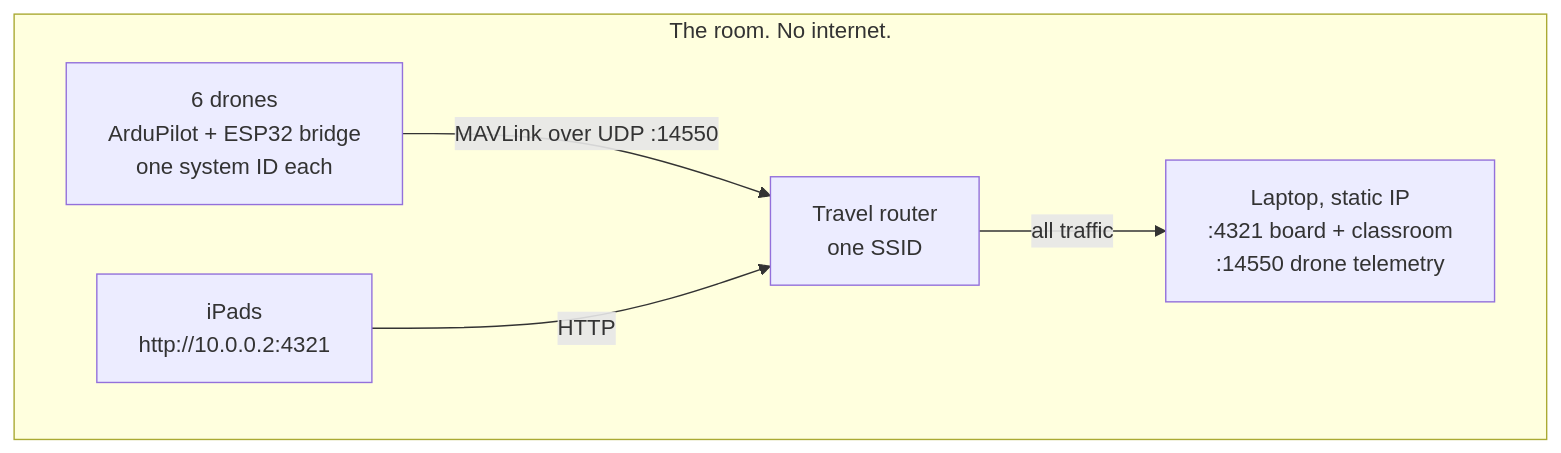
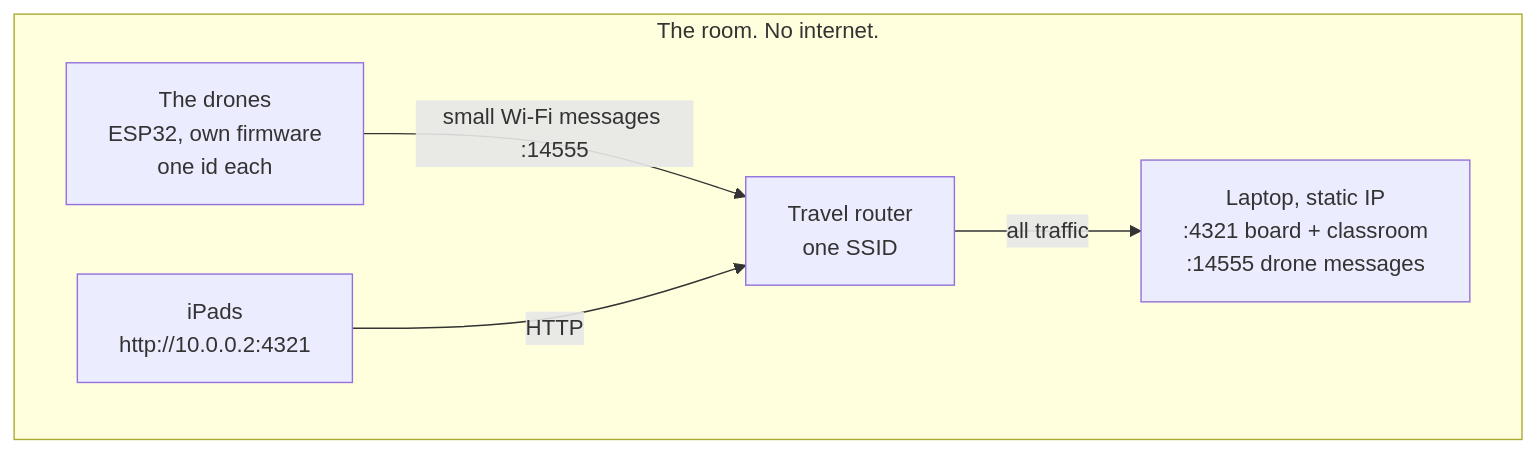
The first of 3 diagrams in docs/plans/2026-08-17-the-local-flight-deck.md (ReyAdhitya/techtechflight), drawn with Mermaid before and after one commit. The commit also changed other lines of this file, not shown here.

First line of the commit message:
docs: the drones are ESP32 over Wi-Fi, not MAVLink

````diff
--- a/docs/plans/2026-08-17-the-local-flight-deck.md
+++ b/docs/plans/2026-08-17-the-local-flight-deck.md
@@ -22,12 +42,12 @@
 ```mermaid
 flowchart TB
   subgraph room["The room. No internet."]
     router["Travel router<br/>one SSID"]
-    laptop["Laptop, static IP<br/>:4321 board + classroom<br/>:14550 drone telemetry"]
-    drones["6 drones<br/>ArduPilot + ESP32 bridge<br/>one system ID each"]
+    laptop["Laptop, static IP<br/>:4321 board + classroom<br/>:14555 drone messages"]
+    drones["The drones<br/>ESP32, own firmware<br/>one id each"]
     ipads["iPads<br/>http://10.0.0.2:4321"]
   end
-  drones -- "MAVLink over UDP :14550" --> router
+  drones -- "small Wi-Fi messages :14555" --> router
   ipads -- "HTTP" --> router
   router -- "all traffic" --> laptop
 ```
````
